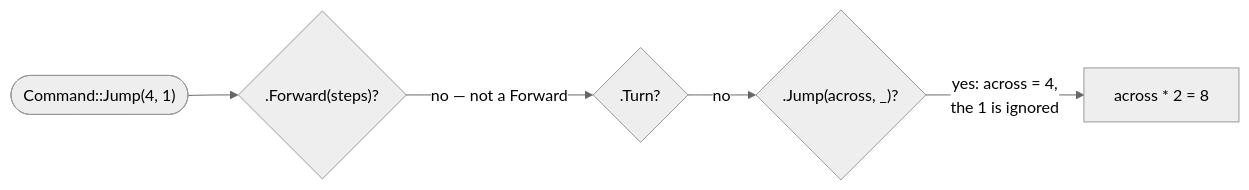
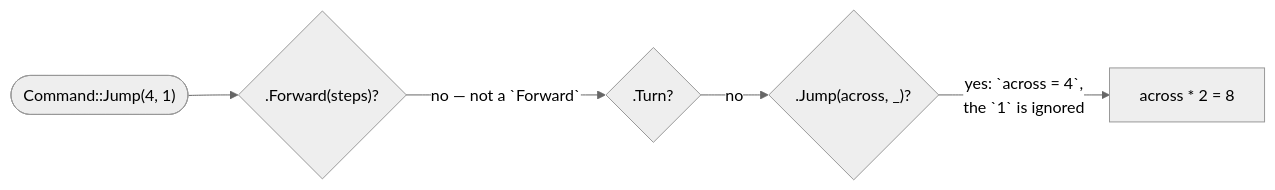
The diagram in content/docs/1.learn/06.types/11.variant-match.md (rux-lang/Web), drawn with Mermaid (neutral theme) before and after one commit. The commit also changed 187 other files, not shown here.

First line of the commit message:
Draw the Learn diagrams for phones, with code in the mono face

````diff
--- a/content/docs/1.learn/06.types/11.variant-match.md
+++ b/content/docs/1.learn/06.types/11.variant-match.md
@@ -55,7 +55,7 @@
 ```mermaid
 flowchart LR
-    c(["Command::Jump(4, 1)"]) --> f{".Forward(steps)?"}
-    f -- "no — not a Forward" --> t{".Turn?"}
-    t -- "no" --> j{".Jump(across, _)?"}
-    j -- "yes: across = 4,<br/>the 1 is ignored" --> r["across * 2 = 8"]
+    c(["`Command::Jump(4, 1)`"]) --> f{"`.Forward(steps)?`"}
+    f -- "no — not a `Forward`" --> t{"`.Turn?`"}
+    t -- "no" --> j{"`.Jump(across, _)?`"}
+    j -- "yes: `across = 4`,<br/>the `1` is ignored" --> r["`across * 2 = 8`"]
 ```
````
